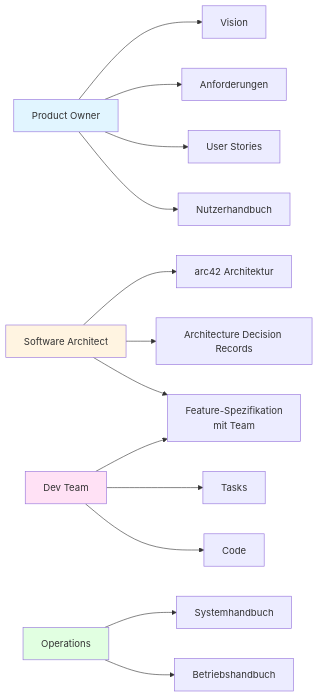
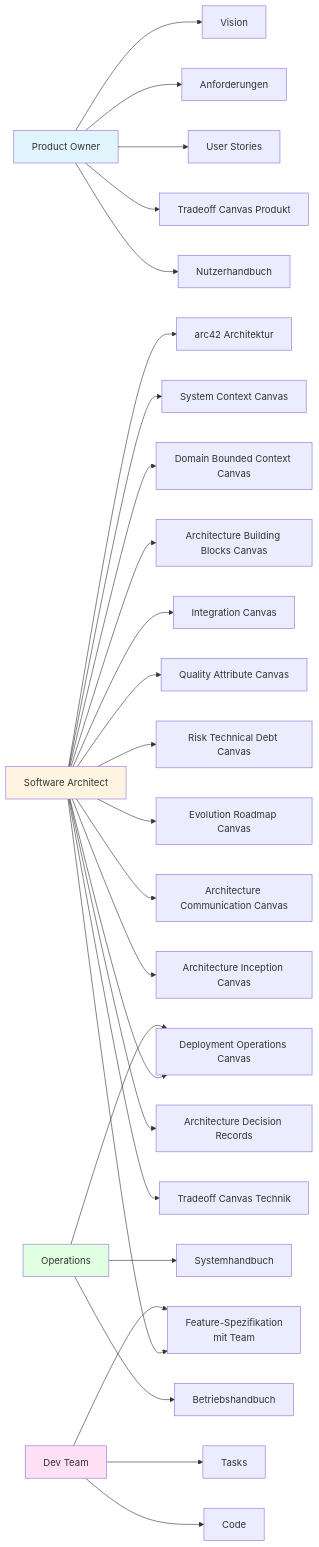
The second of 3 diagrams in prompt/_koordinator.md (bfblog/docpilot), drawn with Mermaid before and after one commit. The commit also changed other lines of this file and 33 other files, not shown here.

````diff
--- a/prompt/_koordinator.md
+++ b/prompt/_koordinator.md
@@ -215,24 +228,37 @@
 ```mermaid
 graph LR
     PO[Product Owner] --> V[Vision]
     PO --> R[Anforderungen]
     PO --> US[User Stories]
+    PO --> TCPP[Tradeoff Canvas Produkt]
     
     SA[Software Architect] --> ARC[arc42 Architektur]
+    SA --> SCC[System Context Canvas]
+    SA --> DBC[Domain Bounded Context Canvas]
+    SA --> ABB[Architecture Building Blocks Canvas]
+    SA --> INT[Integration Canvas]
+    SA --> DPO[Deployment Operations Canvas]
+    SA --> QAC[Quality Attribute Canvas]
+    SA --> RTD[Risk Technical Debt Canvas]
+    SA --> ERV[Evolution Roadmap Canvas]
+    SA --> ACC[Architecture Communication Canvas]
+    SA --> AIC[Architecture Inception Canvas]
     SA --> ADR[Architecture Decision Records]
+    SA --> TCPT[Tradeoff Canvas Technik]
     SA --> FS[Feature-Spezifikation<br/>mit Team]
     
     DT[Dev Team] --> FS
     DT --> T[Tasks]
     DT --> C[Code]
     
     OPS[Operations] --> SH[Systemhandbuch]
     OPS --> OH[Betriebshandbuch]
+    OPS --> DPO
     
     PO --> NH[Nutzerhandbuch]
     
     style PO fill:#e1f5ff
     style SA fill:#fff4e1
     style DT fill:#ffe1f5
     style OPS fill:#e1ffe1
 ```
````
